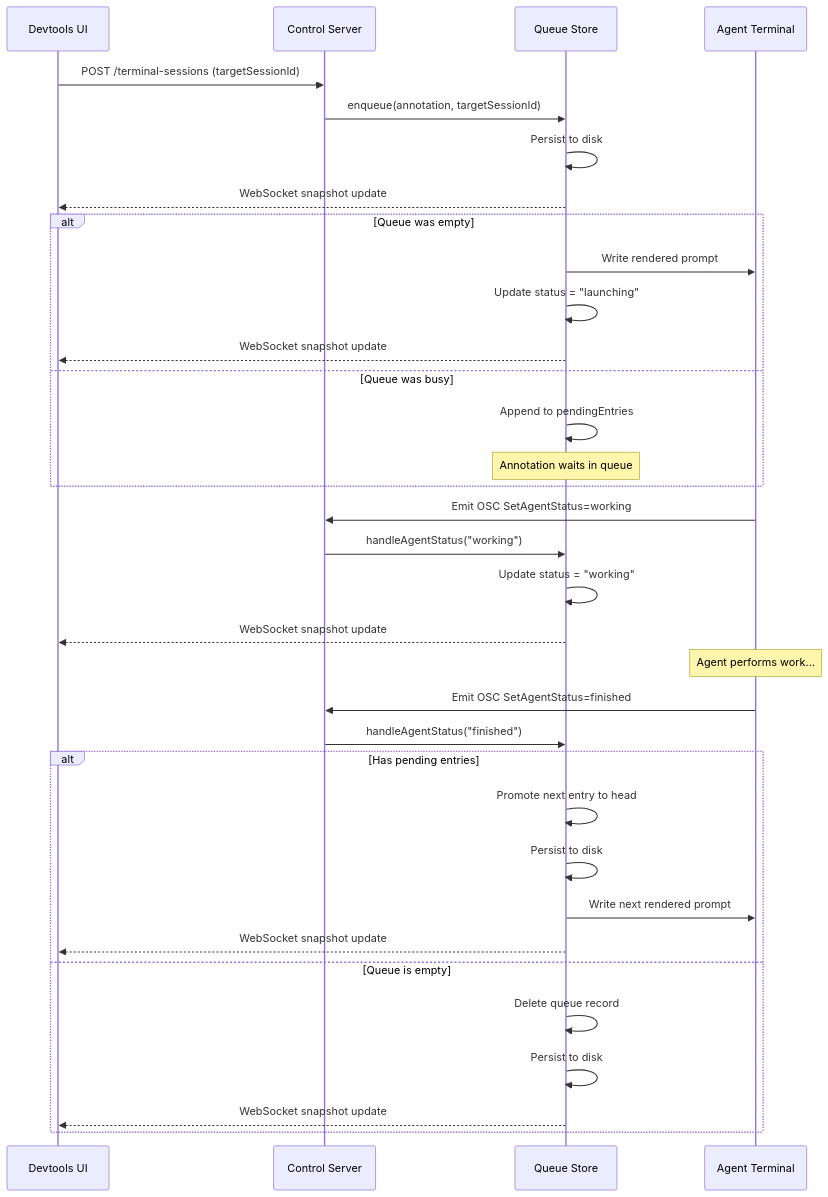
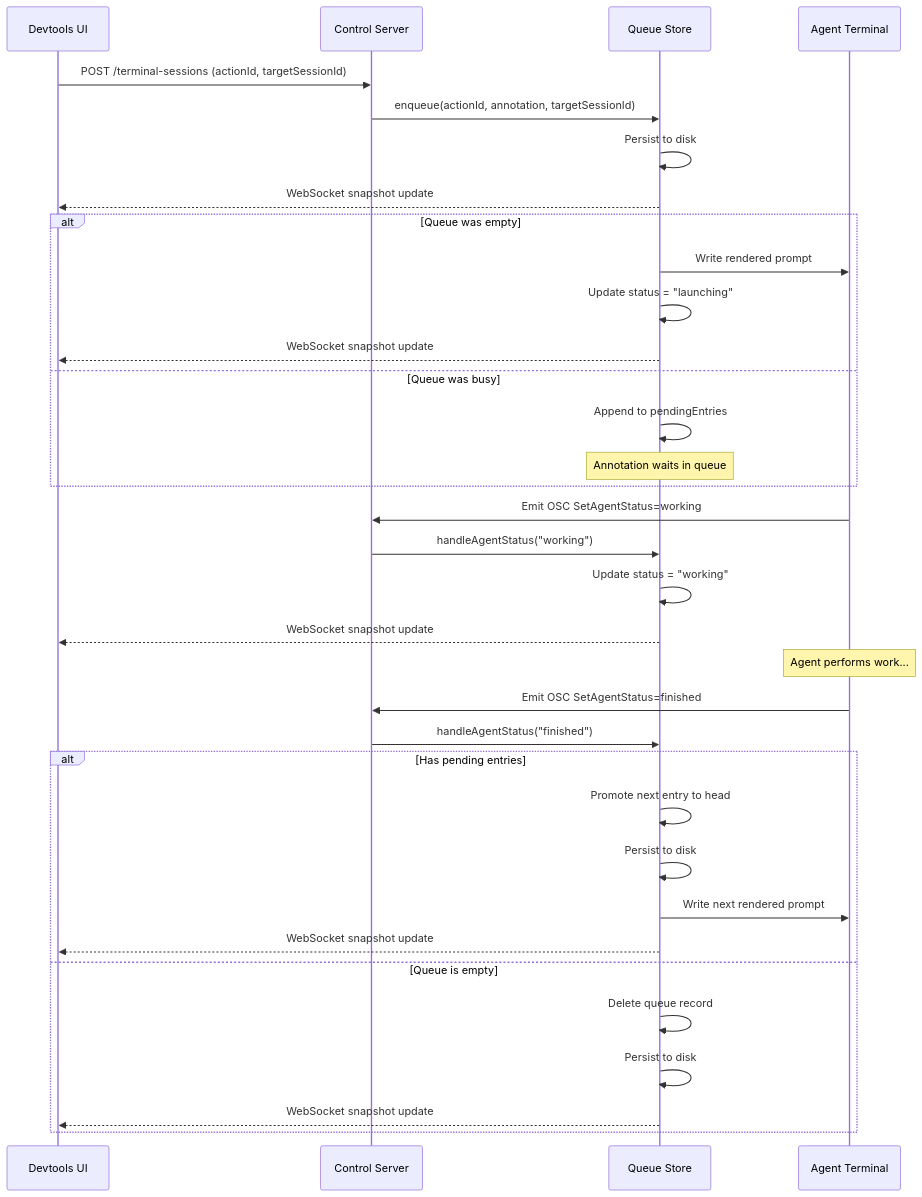
One commit to alexgorbatchev/devhost changed the diagram in apps/devhost/docs/annotations/queue.md. Above: the diagram before and after it, drawn with Mermaid. The commit also changed other lines of this file and 42 other files, not shown here.

````diff
--- a/apps/devhost/docs/annotations/queue.md
+++ b/apps/devhost/docs/annotations/queue.md
@@ -7,42 +7,42 @@
 ```mermaid
 sequenceDiagram
     participant UI as Devtools UI
     participant CS as Control Server
     participant QS as Queue Store
     participant PTY as Agent Terminal
 
-    UI->>CS: POST /terminal-sessions (targetSessionId)
-    CS->>QS: enqueue(annotation, targetSessionId)
+    UI->>CS: POST /terminal-sessions (actionId, targetSessionId)
+    CS->>QS: enqueue(actionId, annotation, targetSessionId)
     QS->>QS: Persist to disk
     QS-->>UI: WebSocket snapshot update
 
     alt Queue was empty
         QS->>PTY: Write rendered prompt
         QS->>QS: Update status = "launching"
         QS-->>UI: WebSocket snapshot update
     else Queue was busy
         QS->>QS: Append to pendingEntries
         Note over QS: Annotation waits in queue
     end
 
     PTY->>CS: Emit OSC SetAgentStatus=working
     CS->>QS: handleAgentStatus("working")
     QS->>QS: Update status = "working"
     QS-->>UI: WebSocket snapshot update
 
     Note over PTY: Agent performs work...
 
     PTY->>CS: Emit OSC SetAgentStatus=finished
     CS->>QS: handleAgentStatus("finished")
 
     alt Has pending entries
         QS->>QS: Promote next entry to head
         QS->>QS: Persist to disk
         QS->>PTY: Write next rendered prompt
         QS-->>UI: WebSocket snapshot update
     else Queue is empty
         QS->>QS: Delete queue record
         QS->>QS: Persist to disk
         QS-->>UI: WebSocket snapshot update
     end
 ```
````
